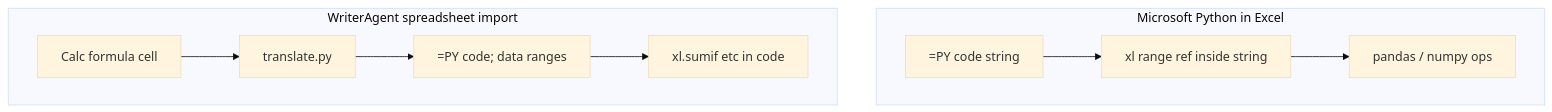
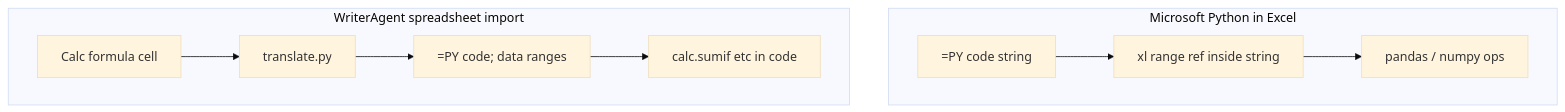
One commit to Augusto-Zolet/writeragent changed the second of 2 diagrams in docs/calc-spreadsheet-to-python-import.md. Above: the diagram before and after it, drawn with Mermaid (base theme). The commit also changed other lines of this file and 17 other files, not shown here.

````diff
--- a/docs/calc-spreadsheet-to-python-import.md
+++ b/docs/calc-spreadsheet-to-python-import.md
@@ -347,17 +347,17 @@
 ```mermaid
 flowchart TB
   subgraph msExcel [Microsoft Python in Excel]
     MS_PY["=PY code string"]
     MS_xl["xl range ref inside string"]
     MS_pd["pandas / numpy ops"]
     MS_PY --> MS_xl --> MS_pd
   end
   subgraph waCalc [WriterAgent spreadsheet import]
     LO_form[Calc formula cell]
     Trans[translate.py]
     WA_PY["=PY code; data ranges"]
-    WA_xl["xl.sumif etc in code"]
+    WA_calc["calc.sumif etc in code"]
     LO_form --> Trans --> WA_PY
-    WA_PY --> WA_xl
+    WA_PY --> WA_calc
   end
 ```
````
